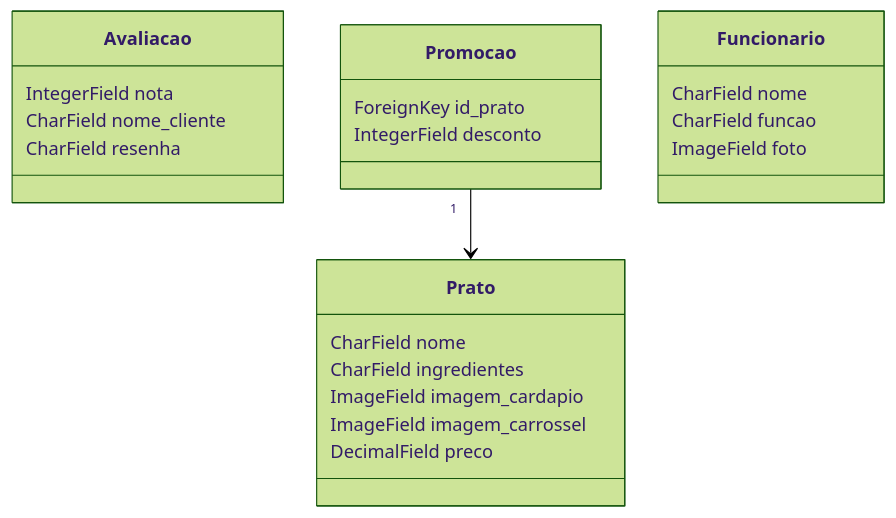
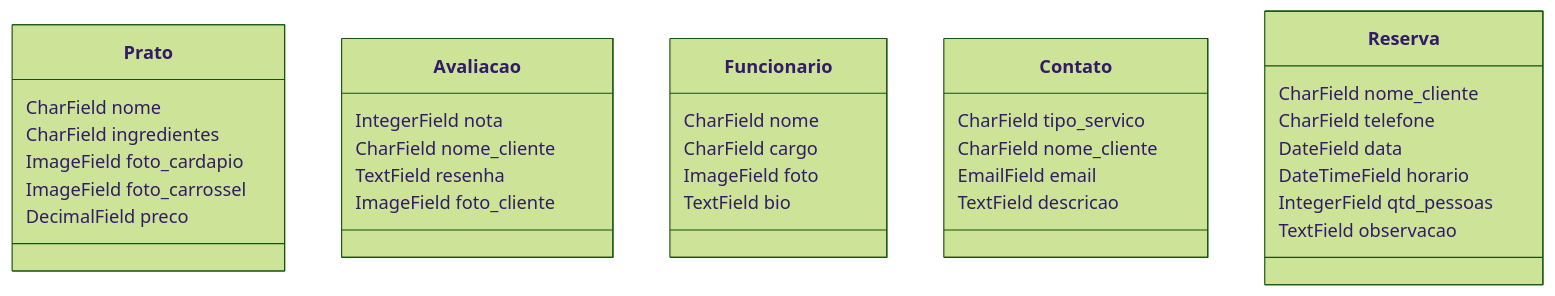
The diagram in diagramas/diagramas.mmd (fabriciomj/desafio-squad4-back), drawn with Mermaid (forest theme) before and after one commit.

Commit message:
Adiciona todas as classes de diagrama identificadas

```diff
--- a/diagramas/diagramas.mmd
+++ b/diagramas/diagramas.mmd
@@ -1,23 +1,34 @@
 classDiagram
     class Prato{
       CharField nome
       CharField ingredientes
-      ImageField imagem_cardapio
-      ImageField imagem_carrossel
+      ImageField foto_cardapio
+      ImageField foto_carrossel
       DecimalField preco
     }
     class Avaliacao{
       IntegerField nota
       CharField nome_cliente
-      CharField resenha
-    }
-    class Promocao{
-      ForeignKey id_prato
-      IntegerField desconto
+      TextField resenha
+      ImageField foto_cliente
     }
     class Funcionario{
-        CharField nome
-        CharField funcao
-        ImageField foto
+      CharField nome
+      CharField cargo
+      ImageField foto
+      TextField bio
     }
-    Promocao "1" --> Prato
+    class Contato{
+      CharField tipo_servico
+      CharField nome_cliente
+      EmailField email
+      TextField descricao
+    }
+    class Reserva {
+      CharField nome_cliente
+      CharField telefone
+      DateField data
+      DateTimeField horario
+      IntegerField qtd_pessoas
+      TextField observacao
+    }
```
